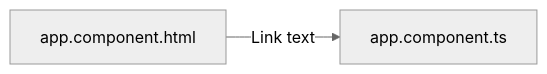
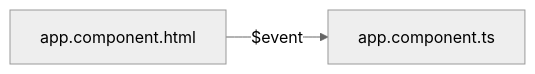
The diagram in README.md (andermoran/AngularAdvice), drawn with Mermaid (neutral theme) before and after one commit. The commit also changed other lines of this file, not shown here.

````diff
--- a/README.md
+++ b/README.md
@@ -77,4 +77,4 @@
 ```mermaid
 graph LR
-A[app.component.html] -- Link text --> B[app.component.ts]
+html[app.component.html] -- $event --> ts[app.component.ts]
 ```
````
